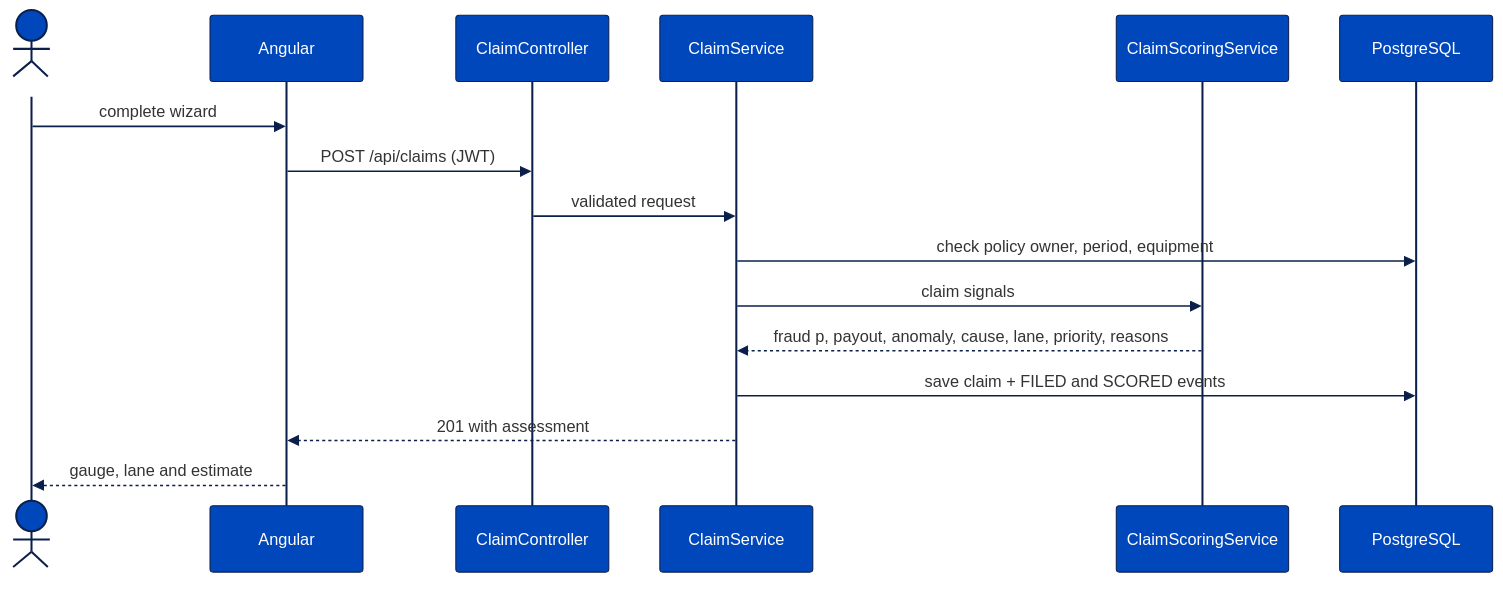
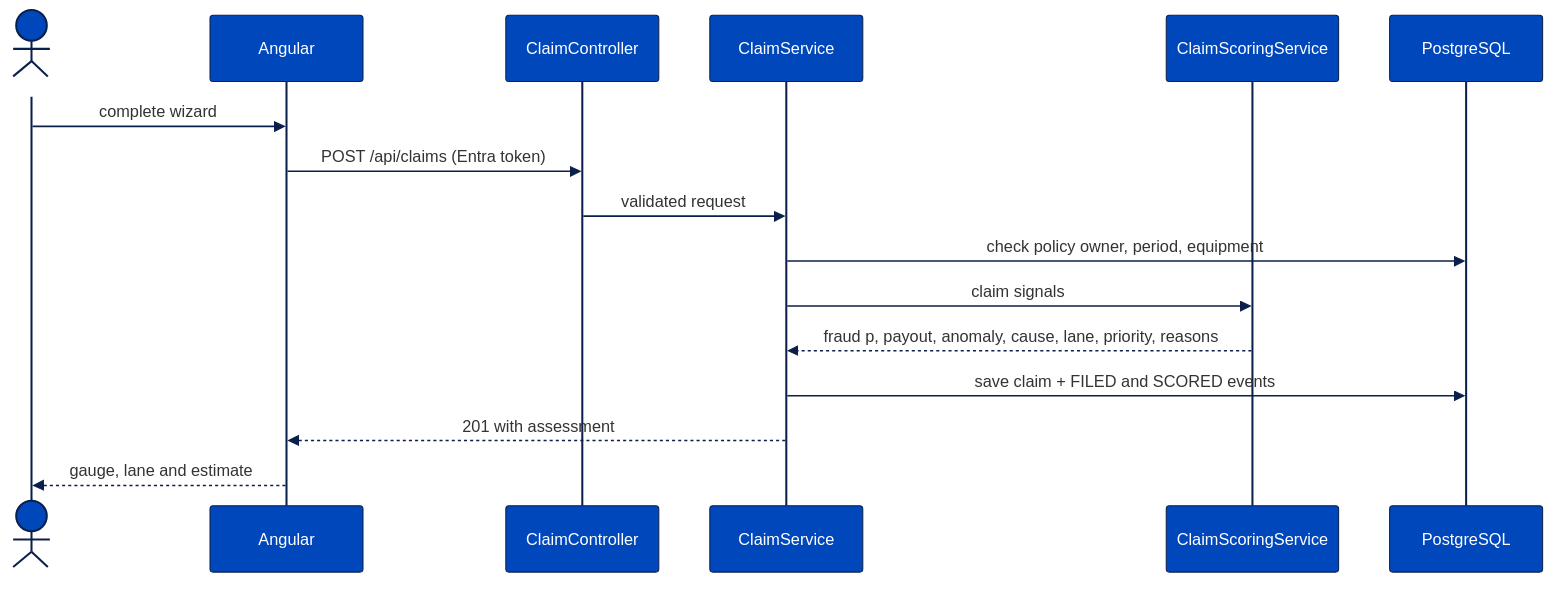
One commit to patilrajvardhan27/Notsureance changed the fourth of 4 diagrams in README.md. Above: the diagram before and after it, drawn with Mermaid. The commit also changed other lines of this file and 2 other files, not shown here.

Commit message:
Updated the README and docs for Entra sign-in, the claims agent, the fraud graph and the Power BI report

````diff
--- a/README.md
+++ b/README.md
@@ -130,19 +141,19 @@
 ```mermaid
 %%{init: {'theme':'base','themeVariables':{'actorBkg':'#0047BB','actorTextColor':'#FFFFFF','actorBorder':'#0B1F4B','signalColor':'#0B1F4B','noteBkgColor':'#E6EEFA','noteBorderColor':'#0047BB','fontFamily':'Source Sans 3, Arial'}}}%%
 sequenceDiagram
   actor Agent
   participant UI as Angular
   participant API as ClaimController
   participant S as ClaimService
   participant M as ClaimScoringService
   participant DB as PostgreSQL
   Agent->>UI: complete wizard
-  UI->>API: POST /api/claims (JWT)
+  UI->>API: POST /api/claims (Entra token)
   API->>S: validated request
   S->>DB: check policy owner, period, equipment
   S->>M: claim signals
   M-->>S: fraud p, payout, anomaly, cause, lane, priority, reasons
   S->>DB: save claim + FILED and SCORED events
   S-->>UI: 201 with assessment
   UI-->>Agent: gauge, lane and estimate
 ```
````
